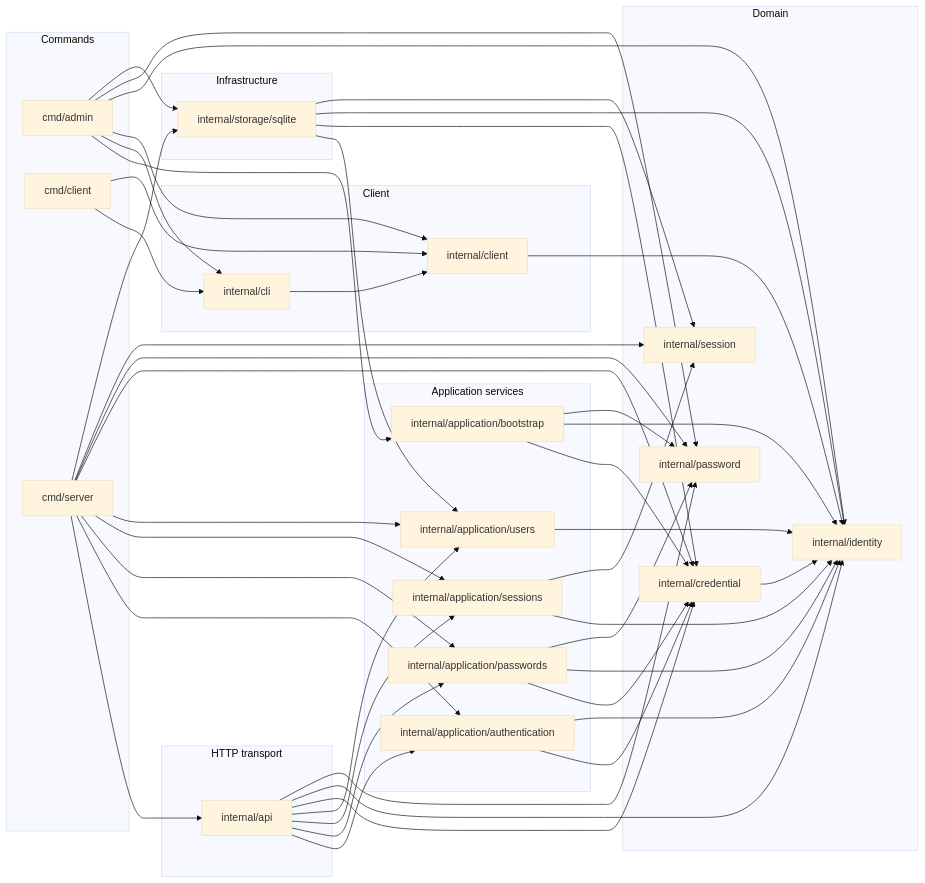
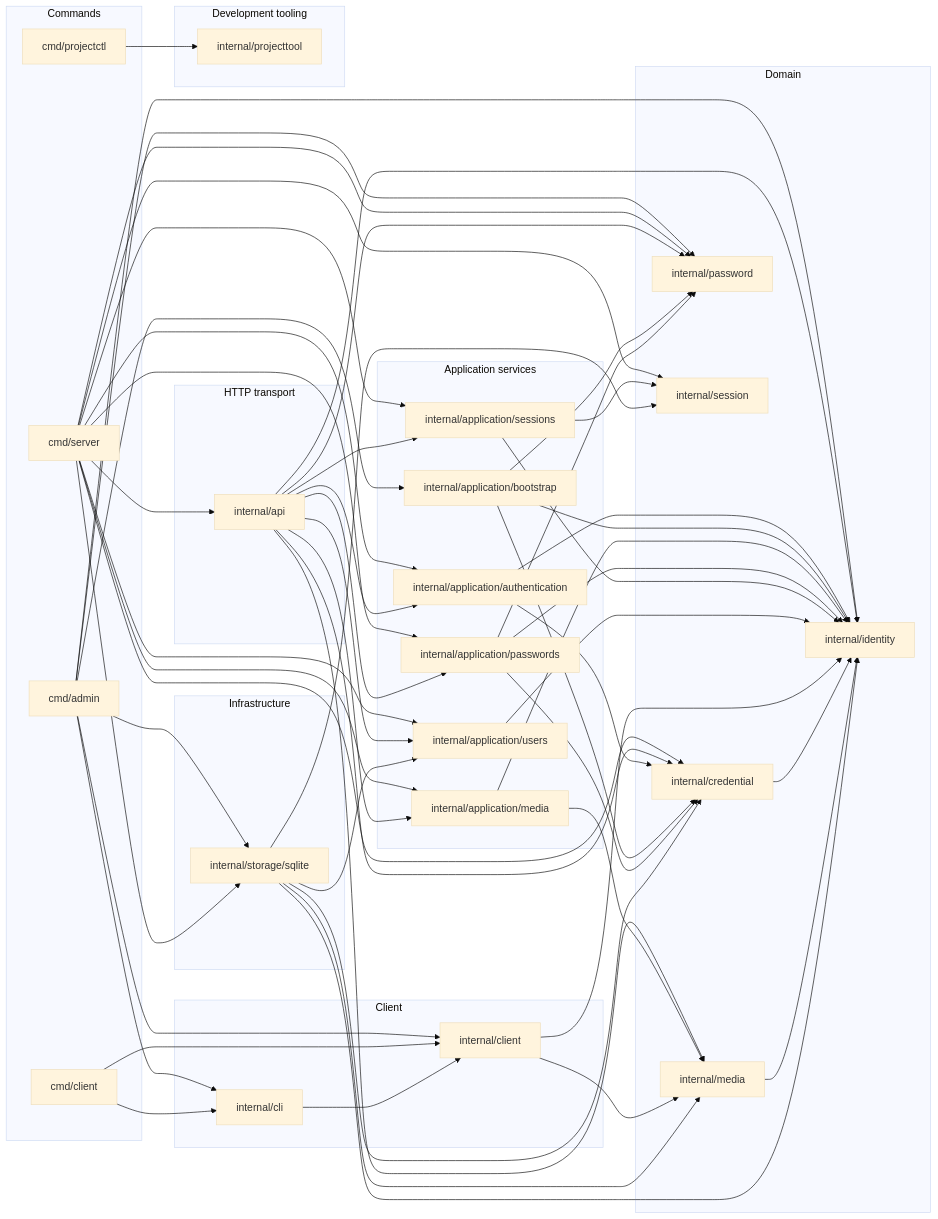
Before and after one commit to ebe542/go-mediaarchive: the diagram in docs/architecture.md, drawn with Mermaid (base theme). The commit also changed other lines of this file and 7 other files, not shown here.

Commit message:
docs(milestone): complete media REST API

````diff
--- a/docs/architecture.md
+++ b/docs/architecture.md
@@ -23,71 +23,86 @@
   subgraph commands["Commands"]
     package0["cmd/admin"]
     package1["cmd/client"]
-    package2["cmd/server"]
+    package2["cmd/projectctl"]
+    package3["cmd/server"]
   end
   subgraph transport["HTTP transport"]
-    package3["internal/api"]
+    package4["internal/api"]
   end
   subgraph application["Application services"]
-    package4["internal/application/authentication"]
-    package5["internal/application/bootstrap"]
-    package6["internal/application/passwords"]
-    package7["internal/application/sessions"]
-    package8["internal/application/users"]
+    package5["internal/application/authentication"]
+    package6["internal/application/bootstrap"]
+    package7["internal/application/media"]
+    package8["internal/application/passwords"]
+    package9["internal/application/sessions"]
+    package10["internal/application/users"]
   end
   subgraph domain["Domain"]
-    package11["internal/credential"]
-    package12["internal/identity"]
-    package13["internal/password"]
-    package14["internal/session"]
+    package13["internal/credential"]
+    package14["internal/identity"]
+    package15["internal/media"]
+    package16["internal/password"]
+    package18["internal/session"]
   end
   subgraph infrastructure["Infrastructure"]
-    package15["internal/storage/sqlite"]
+    package19["internal/storage/sqlite"]
   end
   subgraph client["Client"]
-    package9["internal/cli"]
-    package10["internal/client"]
+    package11["internal/cli"]
+    package12["internal/client"]
   end
-  package0 --> package5
-  package0 --> package9
-  package0 --> package10
+  subgraph tooling["Development tooling"]
+    package17["internal/projecttool"]
+  end
+  package0 --> package6
+  package0 --> package11
   package0 --> package12
-  package0 --> package13
-  package0 --> package15
-  package1 --> package9
-  package1 --> package10
-  package2 --> package3
-  package2 --> package4
-  package2 --> package6
-  package2 --> package7
-  package2 --> package8
-  package2 --> package11
-  package2 --> package13
-  package2 --> package14
-  package2 --> package15
+  package0 --> package14
+  package0 --> package16
+  package0 --> package19
+  package1 --> package11
+  package1 --> package12
+  package2 --> package17
   package3 --> package4
-  package3 --> package6
+  package3 --> package5
   package3 --> package7
   package3 --> package8
-  package3 --> package11
-  package3 --> package12
+  package3 --> package9
+  package3 --> package10
   package3 --> package13
-  package4 --> package11
-  package4 --> package12
-  package5 --> package11
-  package5 --> package12
+  package3 --> package16
+  package3 --> package18
+  package3 --> package19
+  package4 --> package5
+  package4 --> package7
+  package4 --> package8
+  package4 --> package9
+  package4 --> package10
+  package4 --> package13
+  package4 --> package14
+  package4 --> package15
+  package4 --> package16
   package5 --> package13
-  package6 --> package11
-  package6 --> package12
+  package5 --> package14
   package6 --> package13
-  package7 --> package12
+  package6 --> package14
+  package6 --> package16
   package7 --> package14
-  package8 --> package12
-  package9 --> package10
-  package10 --> package12
+  package7 --> package15
+  package8 --> package13
+  package8 --> package14
+  package8 --> package16
+  package9 --> package14
+  package9 --> package18
+  package10 --> package14
   package11 --> package12
-  package15 --> package8
-  package15 --> package11
-  package15 --> package12
+  package12 --> package14
+  package12 --> package15
+  package13 --> package14
   package15 --> package14
+  package19 --> package10
+  package19 --> package13
+  package19 --> package14
+  package19 --> package15
+  package19 --> package18
 ```
````
